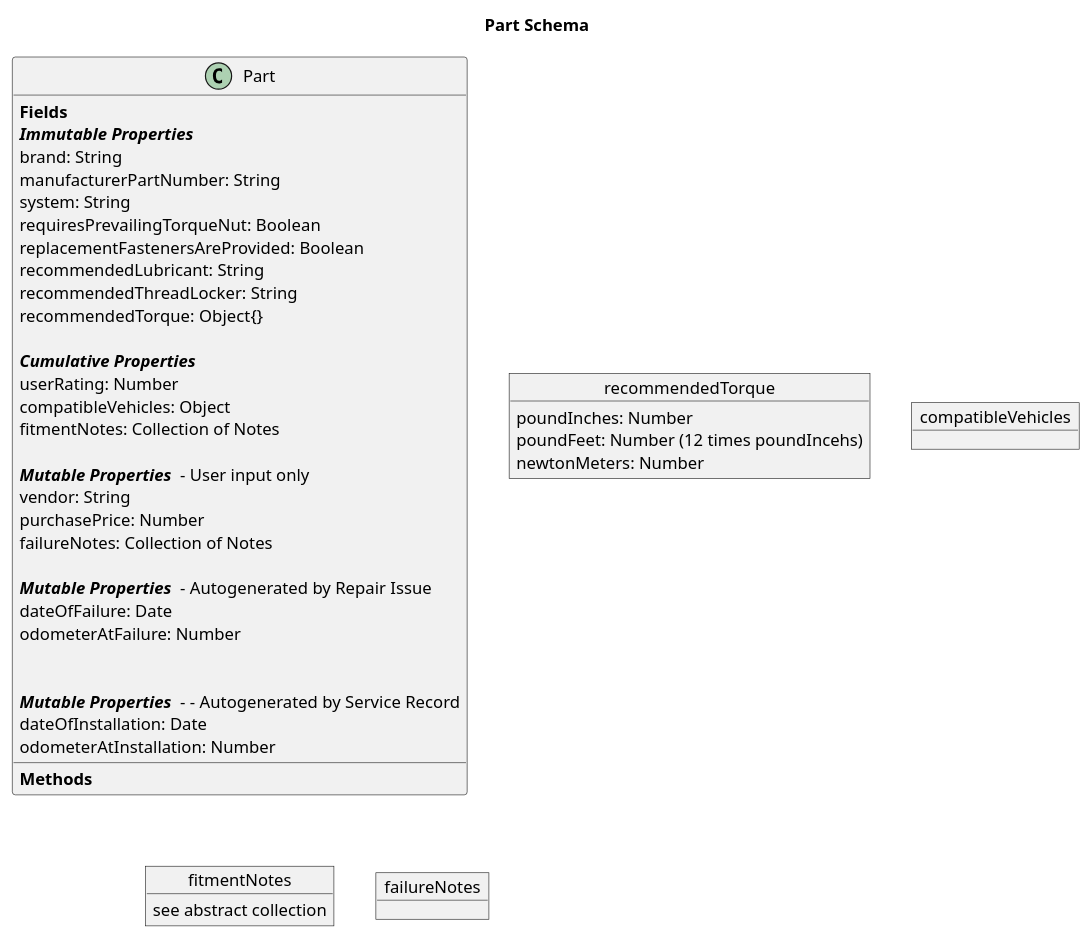
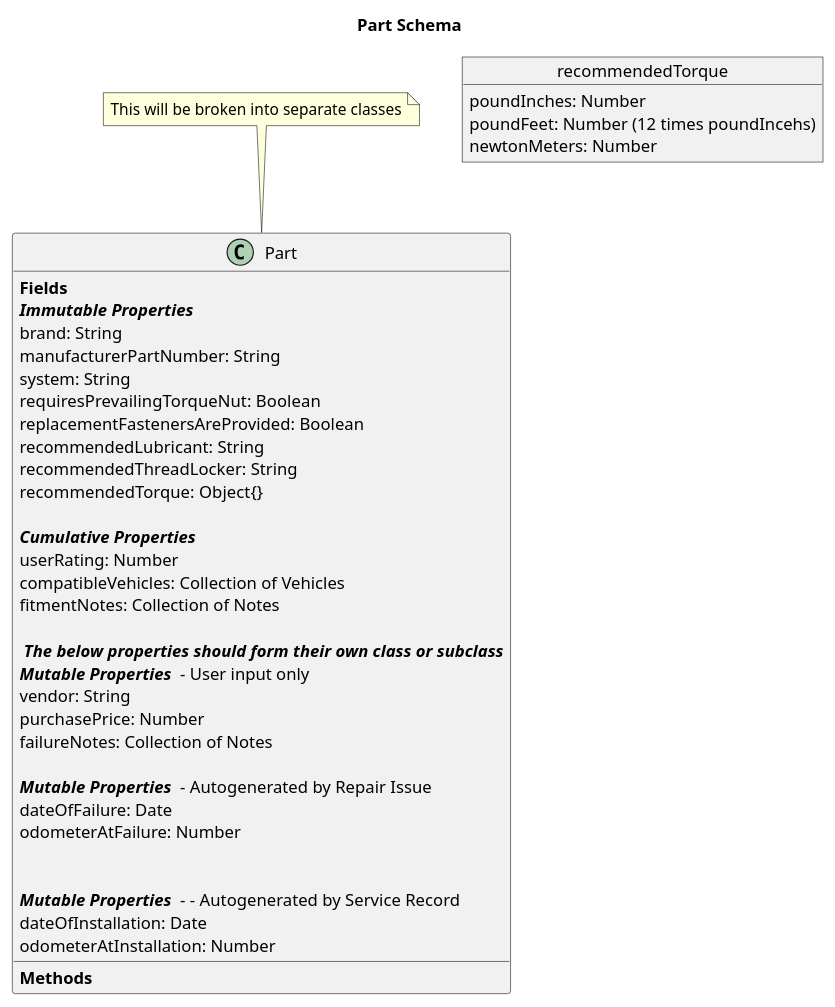
The diagram in src/app/odm/uml/part.puml (TwoFistedJustice/manifold), drawn with PlantUML before and after one commit.

Commit message:
Add note on breaking up part class

```diff
--- a/src/app/odm/uml/part.puml
+++ b/src/app/odm/uml/part.puml
@@ -1,63 +1,57 @@
 @startuml
 
 title Part Schema
-
 
 
 class Part{
 {field}**Fields**
 **//Immutable Properties//**
 brand: String
 manufacturerPartNumber: String
 system: String
 requiresPrevailingTorqueNut: Boolean
 replacementFastenersAreProvided: Boolean
 recommendedLubricant: String
 recommendedThreadLocker: String
 recommendedTorque: Object{}
 
 **//Cumulative Properties//**
 userRating: Number
-compatibleVehicles: Object
+compatibleVehicles: Collection of Vehicles
 fitmentNotes: Collection of Notes
 
+//** The below properties should form their own class or subclass**//
 **//Mutable Properties//**  - User input only
 vendor: String
 purchasePrice: Number
 failureNotes: Collection of Notes
 
 **//Mutable Properties//**  - Autogenerated by Repair Issue
 dateOfFailure: Date
 odometerAtFailure: Number
 
 
 **//Mutable Properties//**  - - Autogenerated by Service Record
 dateOfInstallation: Date
 odometerAtInstallation: Number
 
 
 
 {method}**Methods**
 }
 
 
 object recommendedTorque {
 poundInches: Number
 poundFeet: Number (12 times poundIncehs)
 newtonMeters: Number
 
 }
 
-object compatibleVehicles {
+note as N1
+  This will be broken into separate classes
+end note
 
-
-}
-
-object fitmentNotes{
- see abstract collection
-}
-
-object failureNotes{
-}
+N1 -- Part
 
 @enduml
```
